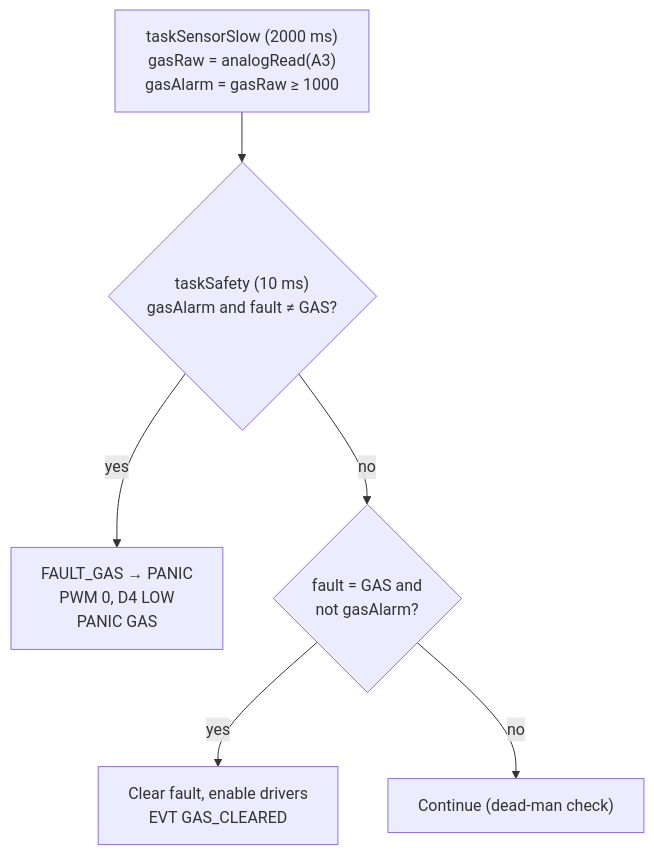
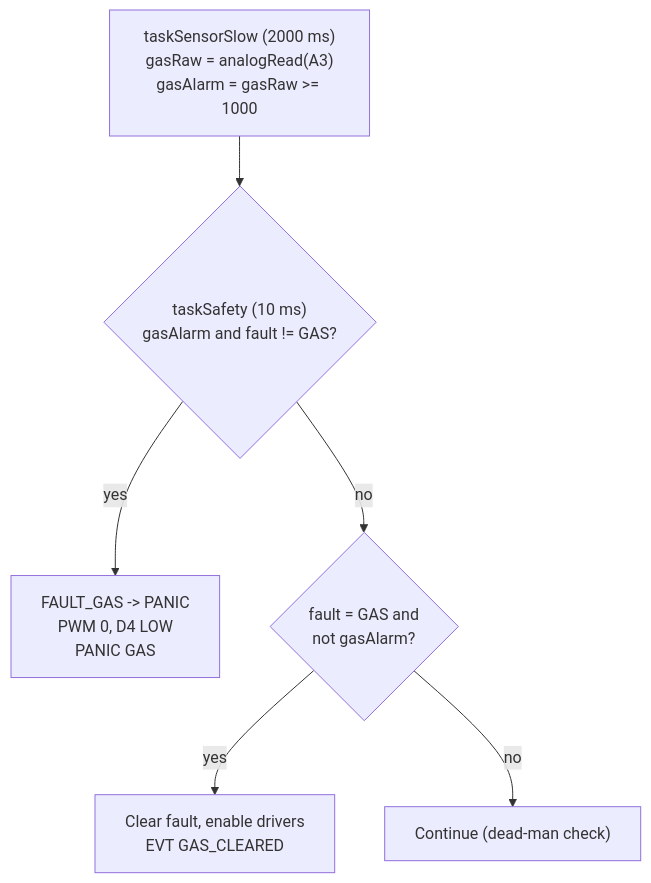
One commit to baiust999/robort-code-from-pi changed diagram 11 of 27 in research paper/section4_methodology.md. Above: the diagram before and after it, drawn with Mermaid. The commit also changed other lines of this file and 4 other files, not shown here.

````diff
--- a/research paper/section4_methodology.md
+++ b/research paper/section4_methodology.md
@@ -369,8 +369,8 @@
 ```mermaid
 flowchart TB
-  R["taskSensorSlow (2000 ms)<br/>gasRaw = analogRead(A3)<br/>gasAlarm = gasRaw ≥ 1000"] --> S{"taskSafety (10 ms)<br/>gasAlarm and fault ≠ GAS?"}
-  S -- yes --> P["FAULT_GAS → PANIC<br/>PWM 0, D4 LOW<br/>PANIC GAS"]
+  R["taskSensorSlow (2000 ms)<br/>gasRaw = analogRead(A3)<br/>gasAlarm = gasRaw >= 1000"] --> S{"taskSafety (10 ms)<br/>gasAlarm and fault != GAS?"}
+  S -- yes --> P["FAULT_GAS -> PANIC<br/>PWM 0, D4 LOW<br/>PANIC GAS"]
   S -- no --> C{"fault = GAS and<br/>not gasAlarm?"}
   C -- yes --> CL["Clear fault, enable drivers<br/>EVT GAS_CLEARED"]
   C -- no --> N["Continue (dead-man check)"]
 ```
````
